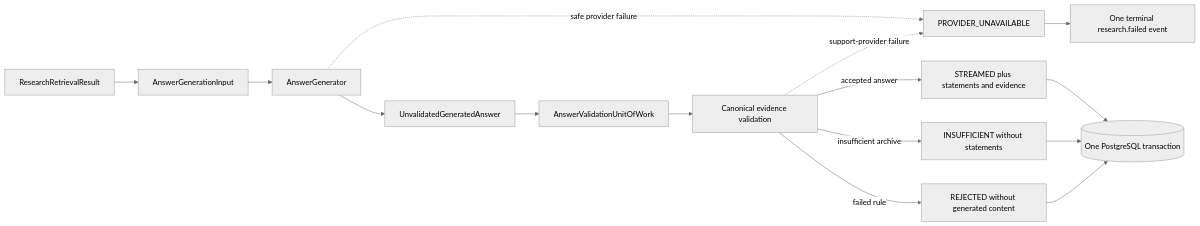
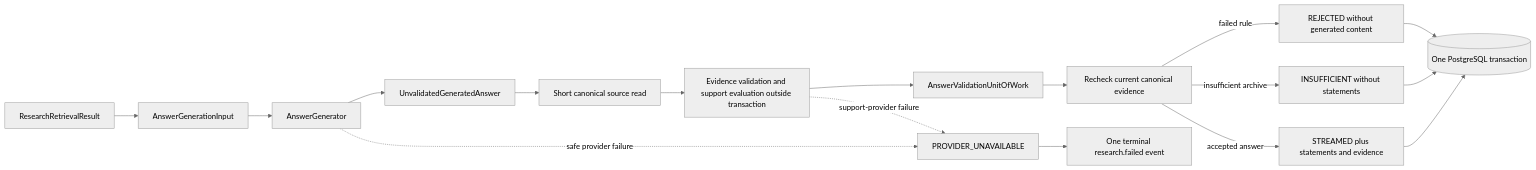
The third of 5 diagrams in backend/src/investment_research/modules/research/README.md (rnkraus/investment-research), drawn with Mermaid (neutral theme) before and after one commit. The commit also changed other lines of this file and 5 other files, not shown here.

First line of the commit message:
fix(research): evaluate statement support outside answer transaction

````diff
--- a/backend/src/investment_research/modules/research/README.md
+++ b/backend/src/investment_research/modules/research/README.md
@@ -101,17 +101,19 @@
 ```mermaid
 flowchart LR
     RESULT[ResearchRetrievalResult] --> INPUT[AnswerGenerationInput]
     INPUT --> PORT[AnswerGenerator]
     PORT --> RAW[UnvalidatedGeneratedAnswer]
     PORT -. safe provider failure .-> FAILED[PROVIDER_UNAVAILABLE]
-    RAW --> UOW[AnswerValidationUnitOfWork]
-    UOW --> VALIDATION[Canonical evidence validation]
-    VALIDATION -. support-provider failure .-> FAILED
+    RAW --> SNAPSHOT[Short canonical source read]
+    SNAPSHOT --> SUPPORT[Evidence validation and support evaluation outside transaction]
+    SUPPORT -. support-provider failure .-> FAILED
+    SUPPORT --> UOW[AnswerValidationUnitOfWork]
+    UOW --> VALIDATION[Recheck current canonical evidence]
     VALIDATION -->|accepted answer| STREAMED[STREAMED plus statements and evidence]
     VALIDATION -->|insufficient archive| INSUFFICIENT[INSUFFICIENT without statements]
     VALIDATION -->|failed rule| REJECTED[REJECTED without generated content]
     STREAMED --> PG[(One PostgreSQL transaction)]
     INSUFFICIENT --> PG
     REJECTED --> PG
     FAILED --> EVENT[One terminal research.failed event]
 ```
````
